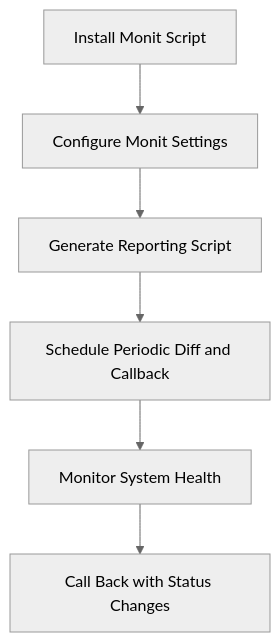
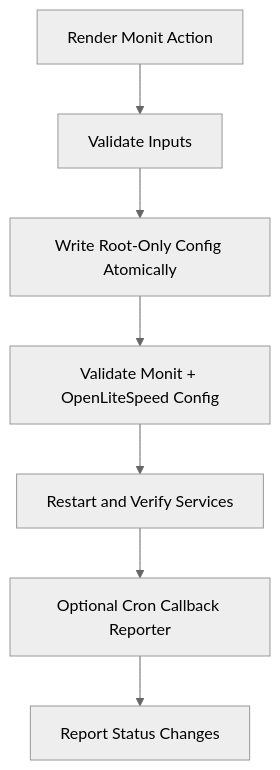
The seventh of 8 diagrams in .qoder/repowiki/en/content/System Architecture/Integration Patterns.md (onedogsolutions/simple-stack), drawn with Mermaid (neutral theme) before and after one commit. The commit also changed other lines of this file and 5941 other files, not shown here.

````diff
--- a/.qoder/repowiki/en/content/System Architecture/Integration Patterns.md
+++ b/.qoder/repowiki/en/content/System Architecture/Integration Patterns.md
@@ -383,8 +383,9 @@
 ```mermaid
 flowchart TD
-Install["Install Monit Script"] --> Configure["Configure Monit Settings"]
-Configure --> ReportScript["Generate Reporting Script"]
-ReportScript --> Crontab["Schedule Periodic Diff and Callback"]
-Crontab --> Monitor["Monitor System Health"]
-Monitor --> Callback["Call Back with Status Changes"]
+    Install["Render Monit Action"] --> ValidateInput["Validate Inputs"]
+    ValidateInput --> Atomic["Write Root-Only Config Atomically"]
+    Atomic --> Validate["Validate Monit + OpenLiteSpeed Config"]
+    Validate --> Restart["Restart and Verify Services"]
+    Restart --> Report["Optional Cron Callback Reporter"]
+    Report --> Callback["Report Status Changes"]
 ```
````
